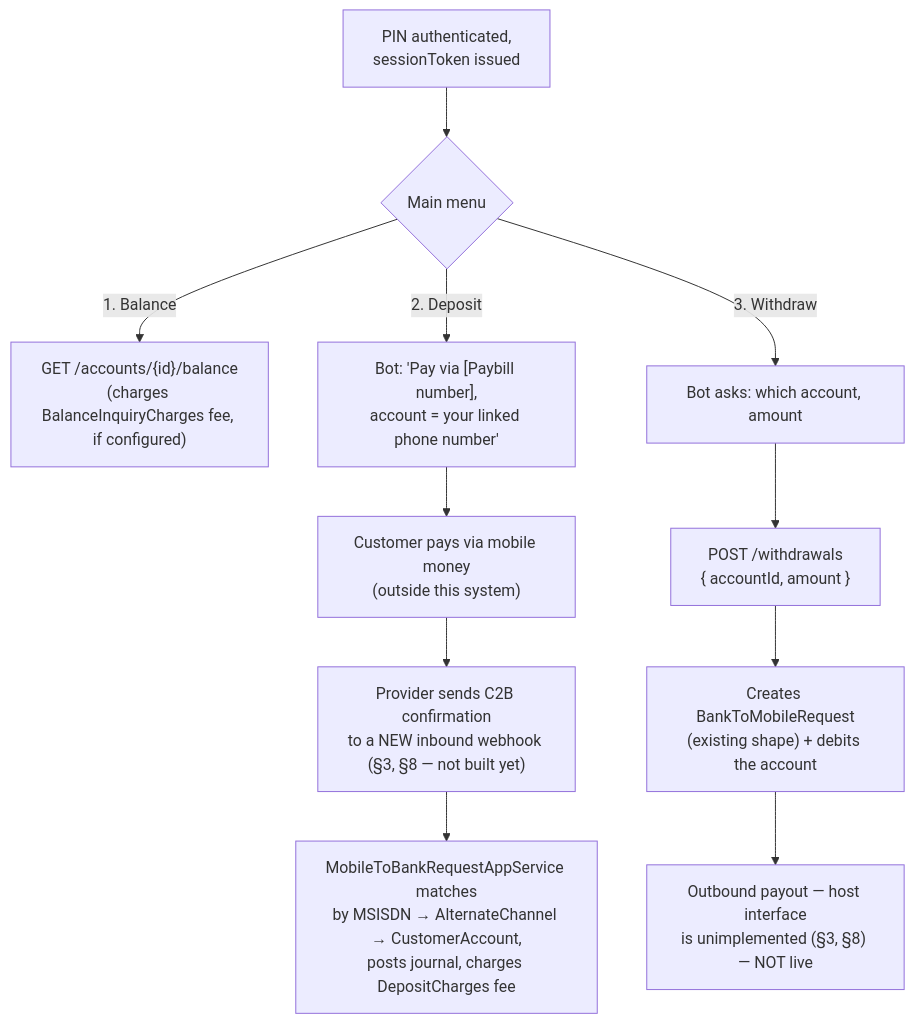
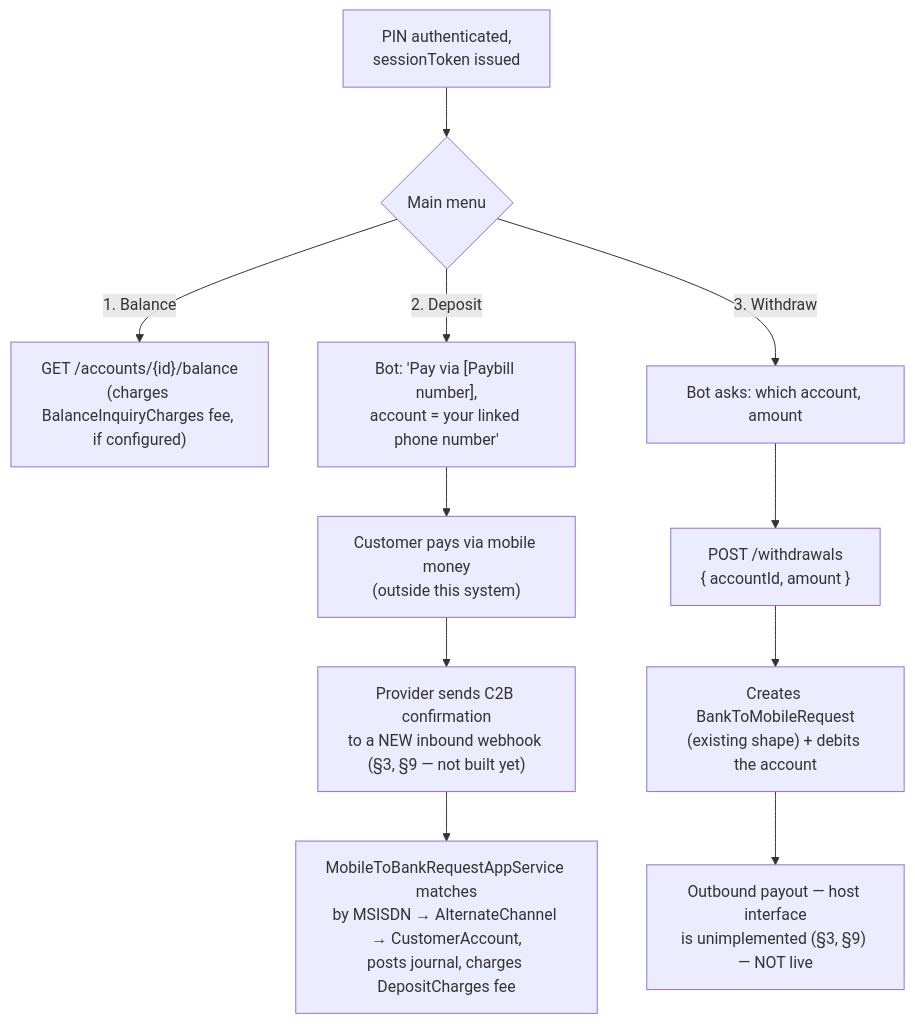
Before and after one commit to calvince-swizzsoft/Swift-Financials-FOSA: the fourth of 4 diagrams in WebApplication1/Areas/WhatsAppBanking/WORKFLOW.md, drawn with Mermaid. The commit also changed other lines of this file and 1 other file, not shown here.

First line of the commit message:
Split WhatsApp Banking backend work into two sequenced pieces

````diff
--- a/WebApplication1/Areas/WhatsAppBanking/WORKFLOW.md
+++ b/WebApplication1/Areas/WhatsAppBanking/WORKFLOW.md
@@ -232,13 +306,13 @@
 ```mermaid
 flowchart TD
     A["PIN authenticated,\nsessionToken issued"] --> B{"Main menu"}
     B -->|"1. Balance"| C["GET /accounts/{id}/balance\n(charges BalanceInquiryCharges fee, if configured)"]
     B -->|"2. Deposit"| D["Bot: 'Pay via [Paybill number],\naccount = your linked phone number'"]
     B -->|"3. Withdraw"| E["Bot asks: which account, amount"]
     D --> F["Customer pays via mobile money\n(outside this system)"]
-    F --> G["Provider sends C2B confirmation\nto a NEW inbound webhook (§3, §8 — not built yet)"]
+    F --> G["Provider sends C2B confirmation\nto a NEW inbound webhook (§3, §9 — not built yet)"]
     G --> H["MobileToBankRequestAppService matches\nby MSISDN → AlternateChannel → CustomerAccount,\nposts journal, charges DepositCharges fee"]
     E --> I["POST /withdrawals\n{ accountId, amount }"]
     I --> J["Creates BankToMobileRequest\n(existing shape) + debits the account"]
-    J --> K["Outbound payout — host interface\nis unimplemented (§3, §8) — NOT live"]
+    J --> K["Outbound payout — host interface\nis unimplemented (§3, §9) — NOT live"]
 ```
````
